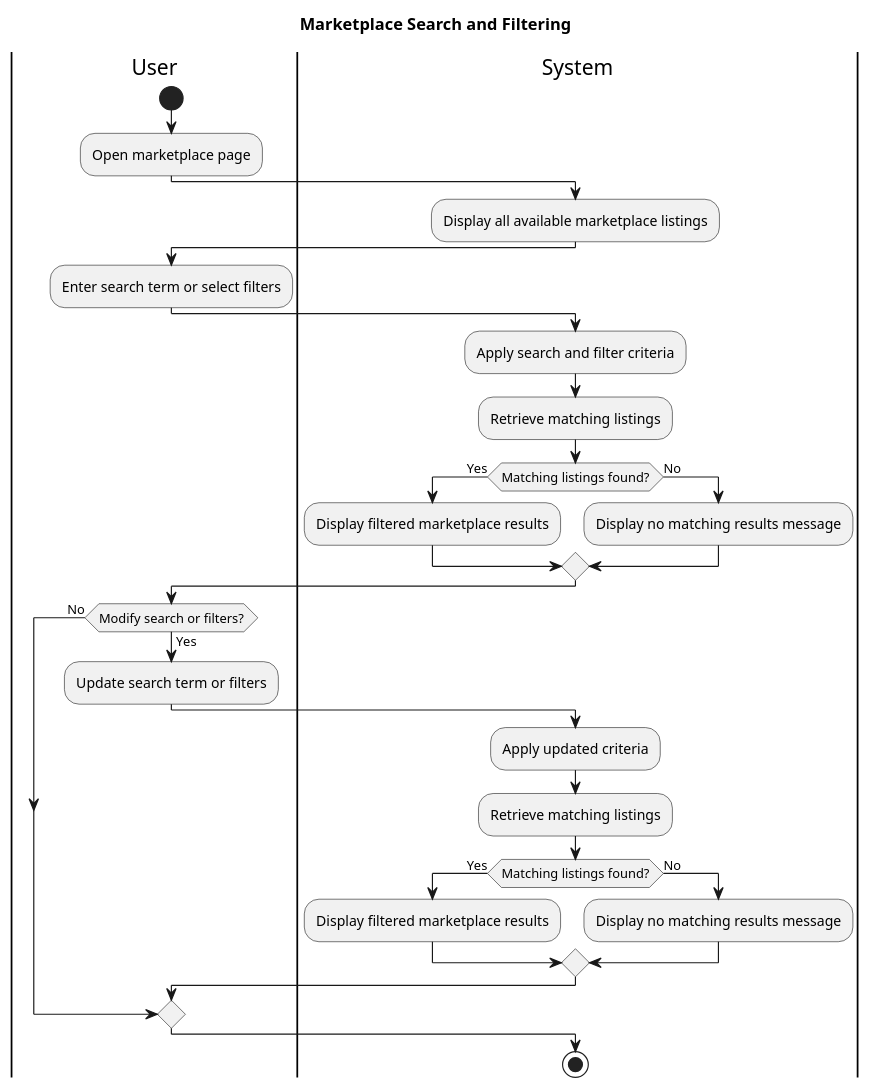
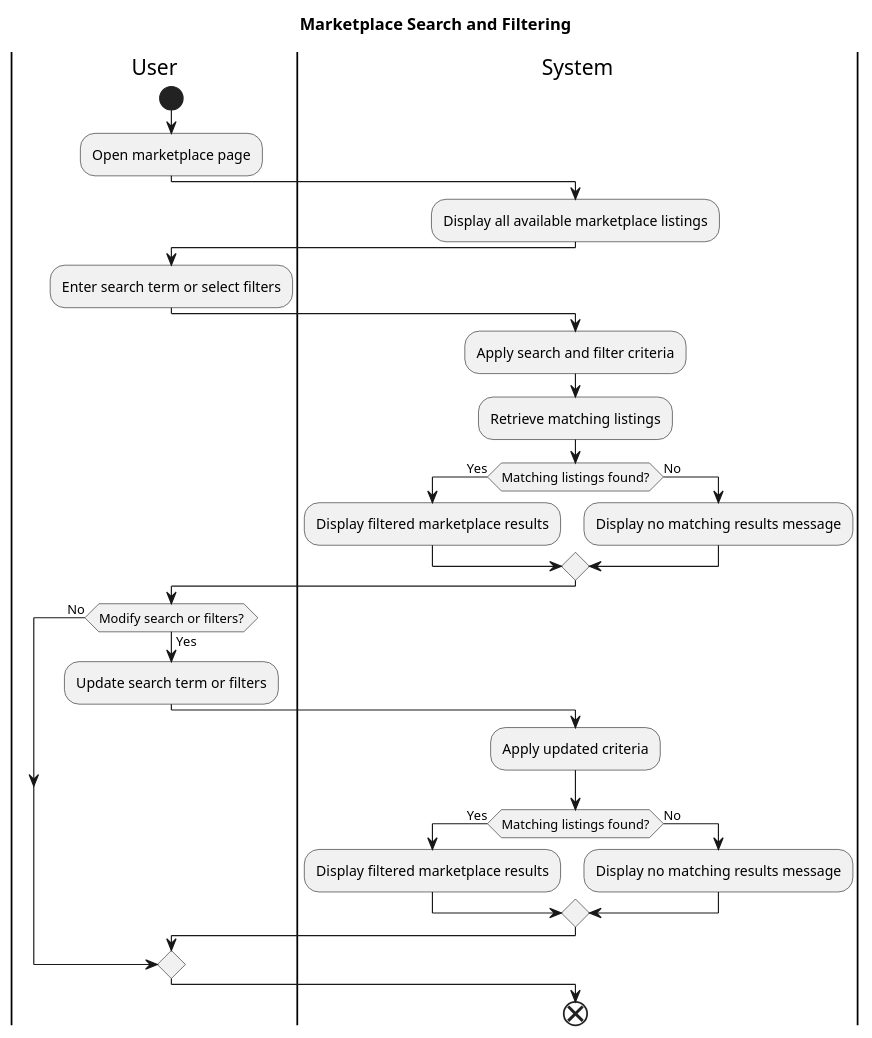
The diagram in activityDiagrams/Marketplace Search and Filtering.puml (JanPerez35/PlantUML), drawn with PlantUML before and after one commit. The commit also changed 10 other files, not shown here.

Commit message:
Updated use case and activity diagrams.

```diff
--- a/activityDiagrams/Marketplace Search and Filtering.puml
+++ b/activityDiagrams/Marketplace Search and Filtering.puml
@@ -1,39 +1,38 @@
 @startuml
 title Marketplace Search and Filtering
 
 |User|
 start
 :Open marketplace page;
 
 |System|
 :Display all available marketplace listings;
 
 |User|
 :Enter search term or select filters;
 
 |System|
 :Apply search and filter criteria;
 :Retrieve matching listings;
 
 if (Matching listings found?) then (Yes)
   :Display filtered marketplace results;
 else (No)
   :Display no matching results message;
 endif
 
 |User|
 if (Modify search or filters?) then (Yes)
   :Update search term or filters;
   |System|
   :Apply updated criteria;
-  :Retrieve matching listings;
   if (Matching listings found?) then (Yes)
     :Display filtered marketplace results;
   else (No)
     :Display no matching results message;
   endif
 else (No)
 endif
 
-stop
+end
 @enduml
```
